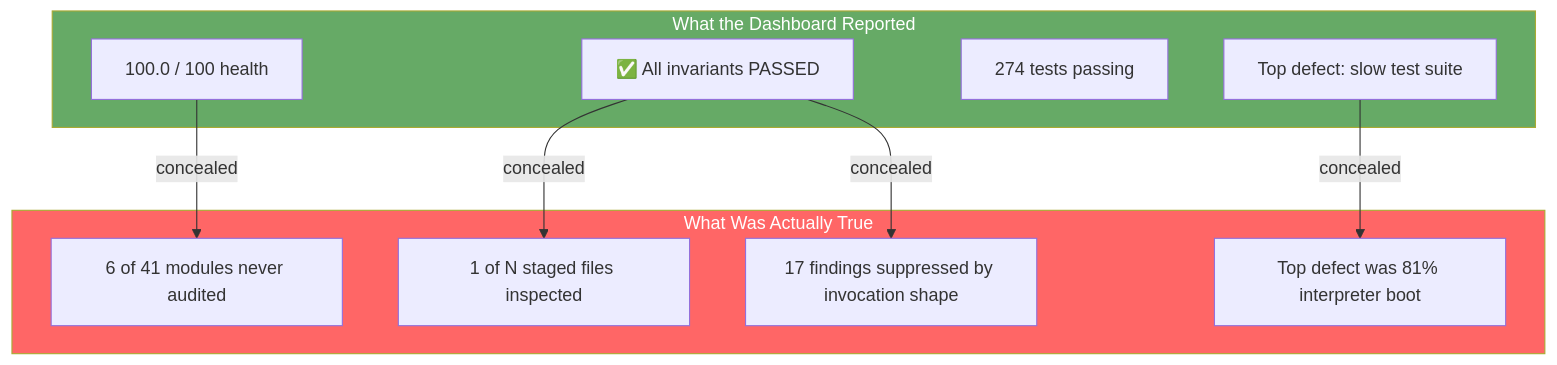
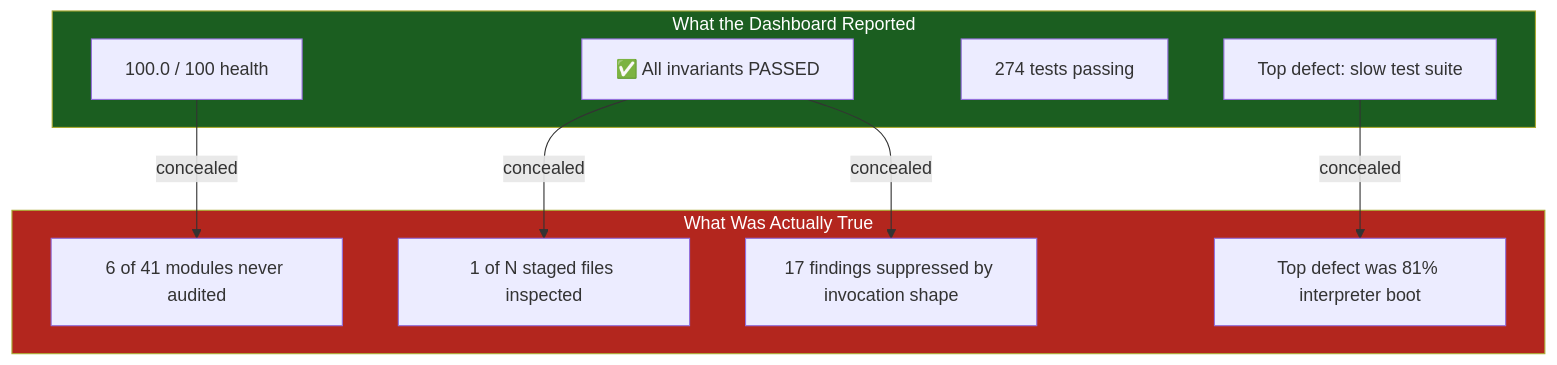
The diagram in observations/systems/11-silent-certification-failure-and-gate-integrity.md (dan-petty/vibes), drawn with Mermaid before and after one commit. The commit also changed 21 other files, not shown here.

````diff
--- a/observations/systems/11-silent-certification-failure-and-gate-integrity.md
+++ b/observations/systems/11-silent-certification-failure-and-gate-integrity.md
@@ -54,24 +54,24 @@
 ```mermaid
 flowchart TD
     subgraph Reported["What the Dashboard Reported"]
         R1["100.0 / 100 health"]
         R2["✅ All invariants PASSED"]
         R3["274 tests passing"]
         R4["Top defect: slow test suite"]
     end
 
     subgraph Actual["What Was Actually True"]
         A1["6 of 41 modules never audited"]
         A2["1 of N staged files inspected"]
         A3["17 findings suppressed by invocation shape"]
         A4["Top defect was 81% interpreter boot"]
     end
 
     R1 -->|"concealed"| A1
     R2 -->|"concealed"| A2
     R2 -->|"concealed"| A3
     R4 -->|"concealed"| A4
 
-    style Reported fill:#6a6,color:#fff
-    style Actual fill:#f66,color:#fff
+    style Reported fill:#1b5e20,color:#fff
+    style Actual fill:#b3261e,color:#fff
 ```
````
